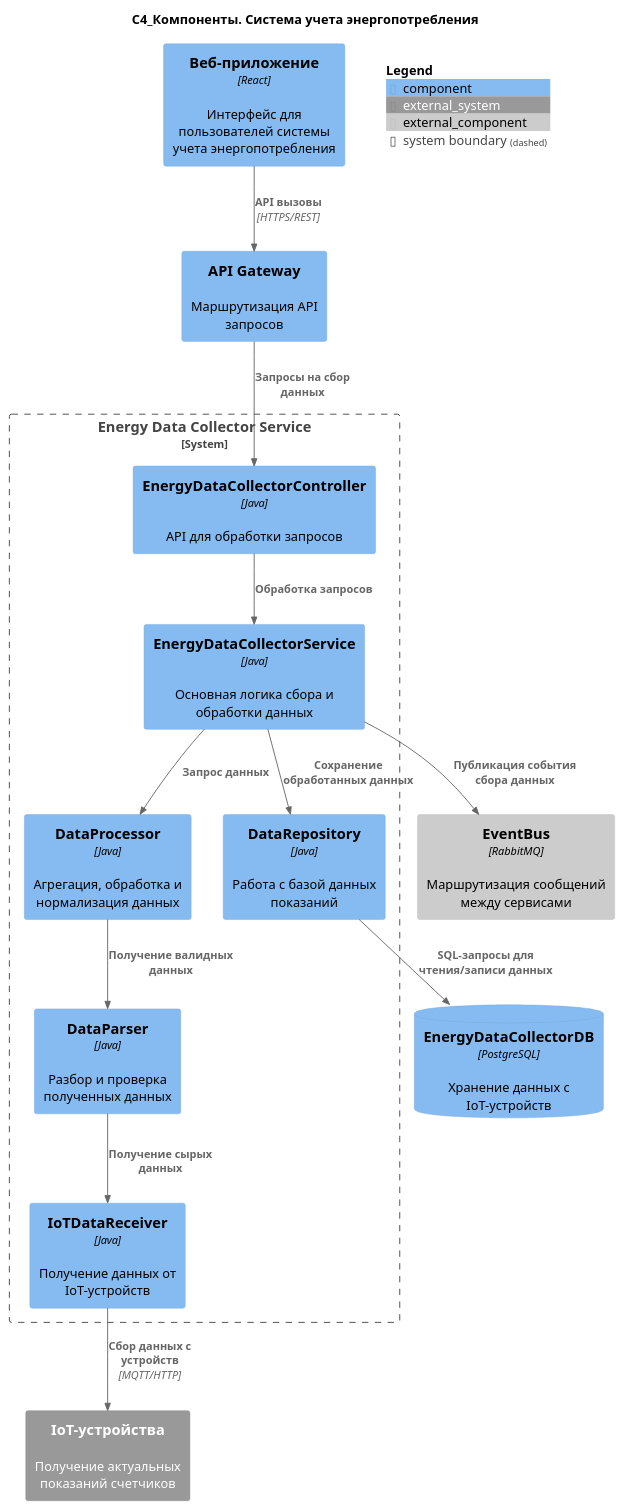
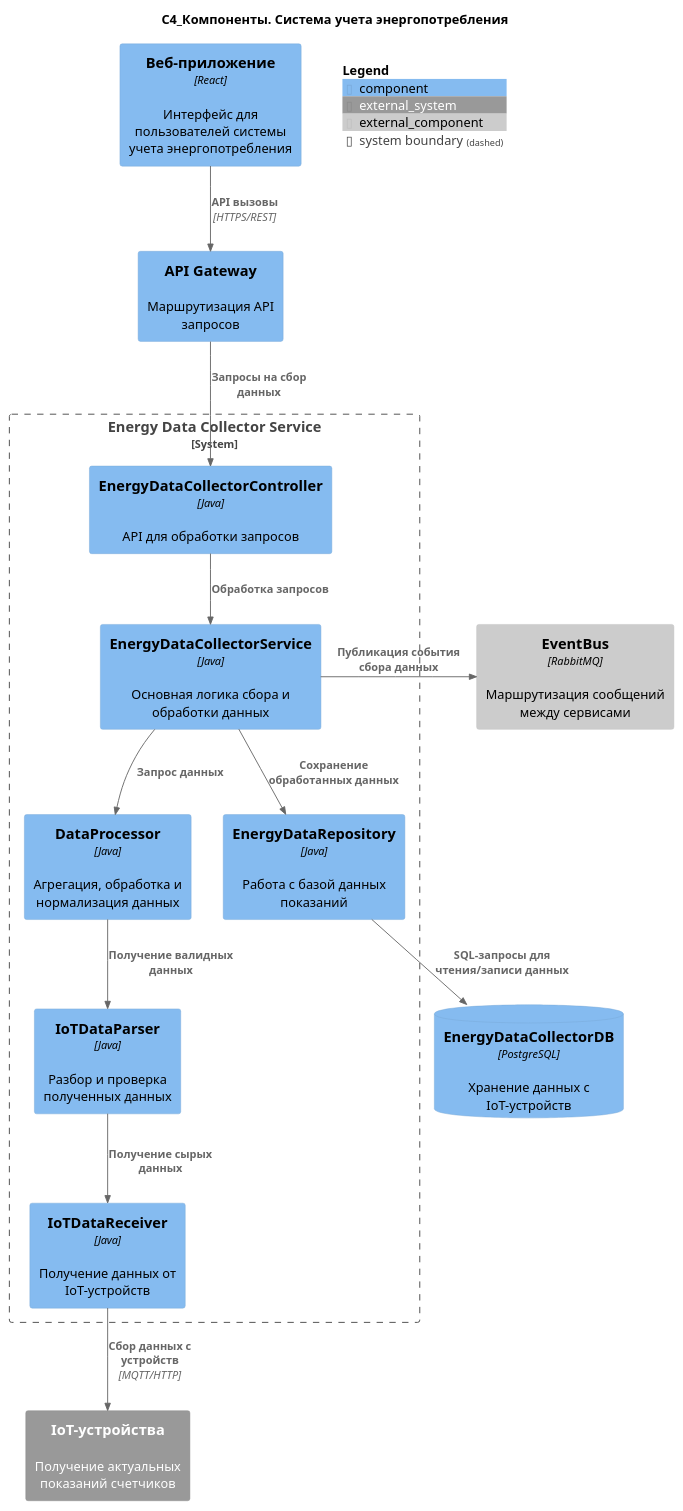
The diagram in 2. Технический проект/component.puml (I1yaMatveev/SoftwareDevelopmentTechnology), drawn with PlantUML before and after one commit. The commit also changed 3 other files, not shown here.

Commit message:
Отредактировал диаграммы

```diff
--- a/2. Технический проект/component.puml
+++ b/2. Технический проект/component.puml
@@ -1,38 +1,38 @@
 @startuml Диаграмма компонентов
 title "C4_Компоненты. Система учета энергопотребления"
 
 !include https://raw.githubusercontent.com/plantuml-stdlib/C4-PlantUML/master/C4_Component.puml
 
 Component(webApp, "Веб-приложение", "React", "Интерфейс для пользователей системы учета энергопотребления")
 Component(apiGateway, "API Gateway", "", "Маршрутизация API запросов")
 Rel(webApp, apiGateway, "API вызовы", "HTTPS/REST")
 
 System_Boundary(energyDataCollectorBoundary, "Energy Data Collector Service") {
 
     Component(energyDataCollectorController, "EnergyDataCollectorController", "Java", "API для обработки запросов")
     Component(energyDataCollectorProcessor, "EnergyDataCollectorService", "Java", "Основная логика сбора и обработки данных")
     Component(IoTDataReceiver, "IoTDataReceiver", "Java", "Получение данных от IoT-устройств")
-    Component(DataParser, "DataParser", "Java", "Разбор и проверка полученных данных")
+    Component(DataParser, "IoTDataParser", "Java", "Разбор и проверка полученных данных")
     Component(DataProcessor, "DataProcessor", "Java", "Агрегация, обработка и нормализация данных")
-    Component(DataRepository, "DataRepository", "Java", "Работа с базой данных показаний")
+    Component(DataRepository, "EnergyDataRepository", "Java", "Работа с базой данных показаний")
 }
 
 ComponentDb(EnergyDataCollectorDB, "EnergyDataCollectorDB", "PostgreSQL", "Хранение данных с IoT-устройств")
 Component_Ext(messageBroker, "EventBus", "RabbitMQ", "Маршрутизация сообщений между сервисами")
 System_Ext(ioTDevices, "IoT-устройства", "Получение актуальных показаний счетчиков")
 
 Rel(apiGateway, energyDataCollectorController, "Запросы на сбор данных")
 Rel(energyDataCollectorController, energyDataCollectorProcessor, "Обработка запросов")
 Rel(energyDataCollectorProcessor, DataProcessor, "Запрос данных")
 Rel(energyDataCollectorProcessor, DataRepository, "Сохранение обработанных данных")
 Rel(IoTDataReceiver, ioTDevices, "Сбор данных с устройств", "MQTT/HTTP")
 
 Rel(DataParser, IoTDataReceiver, "Получение сырых данных")
 Rel(DataProcessor, DataParser, "Получение валидных данных")
 Rel(DataRepository, EnergyDataCollectorDB, "SQL-запросы для чтения/записи данных")
 
-Rel(energyDataCollectorProcessor, messageBroker, "Публикация события сбора данных")
+Rel_R(energyDataCollectorProcessor, messageBroker, "Публикация события сбора данных")
 
 SHOW_FLOATING_LEGEND()
 
 @enduml
```
